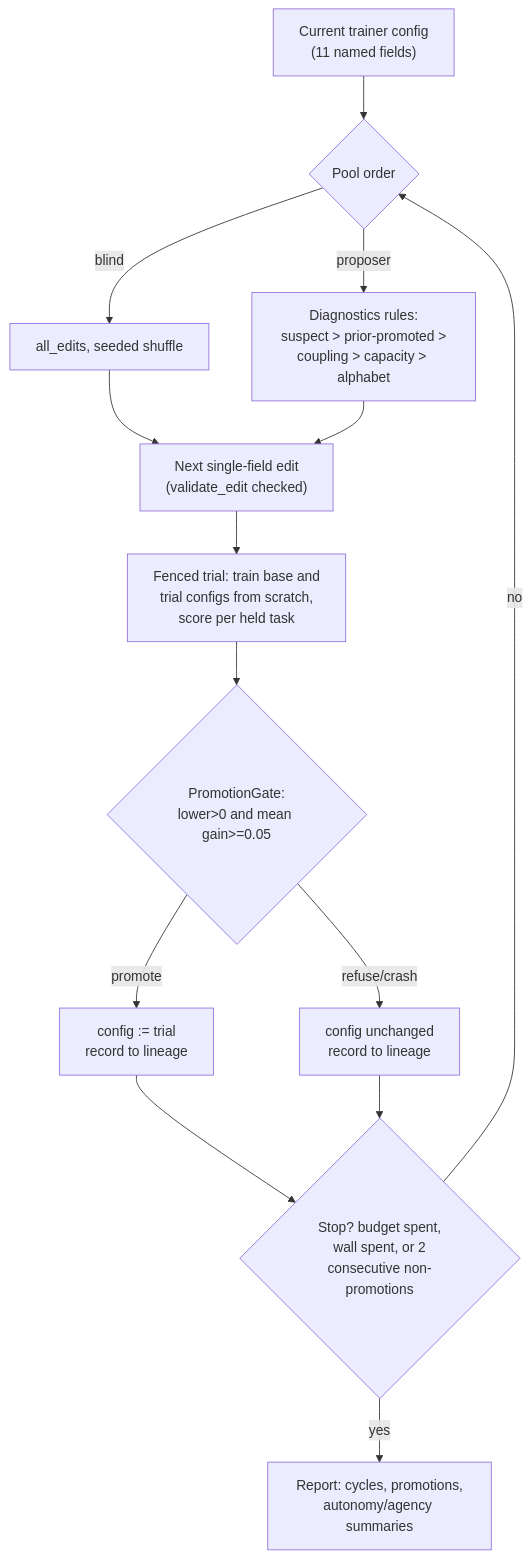
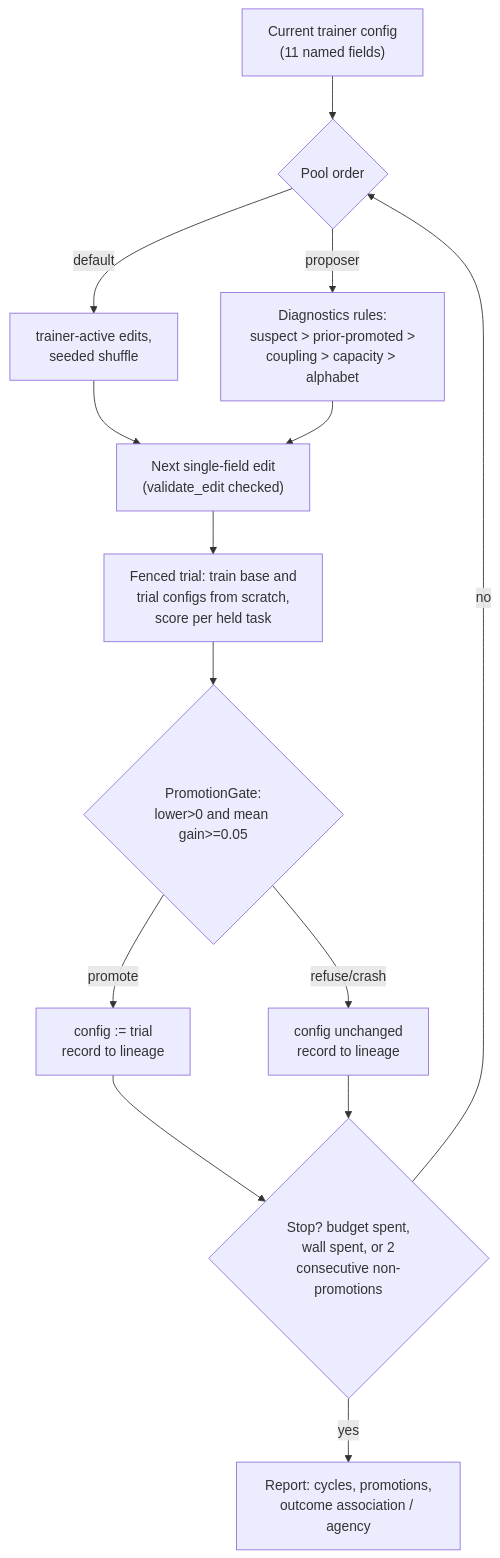
Before and after one commit to Capsize-Games/rsi-programmer: the fifth of 5 diagrams in architecture.md, drawn with Mermaid. The commit also changed other lines of this file and 55 other files, not shown here.

````diff
--- a/architecture.md
+++ b/architecture.md
@@ -986,14 +1000,14 @@
 ```mermaid
 flowchart TD
     CFG["Current trainer config<br/>(11 named fields)"] --> P{"Pool order"}
-    P -->|blind| B["all_edits, seeded shuffle"]
+    P -->|default| B["trainer-active edits,<br/>seeded shuffle"]
     P -->|proposer| D["Diagnostics rules:<br/>suspect > prior-promoted ><br/>coupling > capacity > alphabet"]
     B & D --> E["Next single-field edit<br/>(validate_edit checked)"]
     E --> F["Fenced trial: train base and<br/>trial configs from scratch,<br/>score per held task"]
     F --> G{"PromotionGate:<br/>lower>0 and mean gain>=0.05"}
     G -->|promote| H["config := trial<br/>record to lineage"]
     G -->|refuse/crash| I["config unchanged<br/>record to lineage"]
     H & I --> J{"Stop? budget spent,<br/>wall spent, or 2<br/>consecutive non-promotions"}
     J -->|no| P
-    J -->|yes| K["Report: cycles, promotions,<br/>autonomy/agency summaries"]
+    J -->|yes| K["Report: cycles, promotions,<br/>outcome association / agency"]
 ```
````
